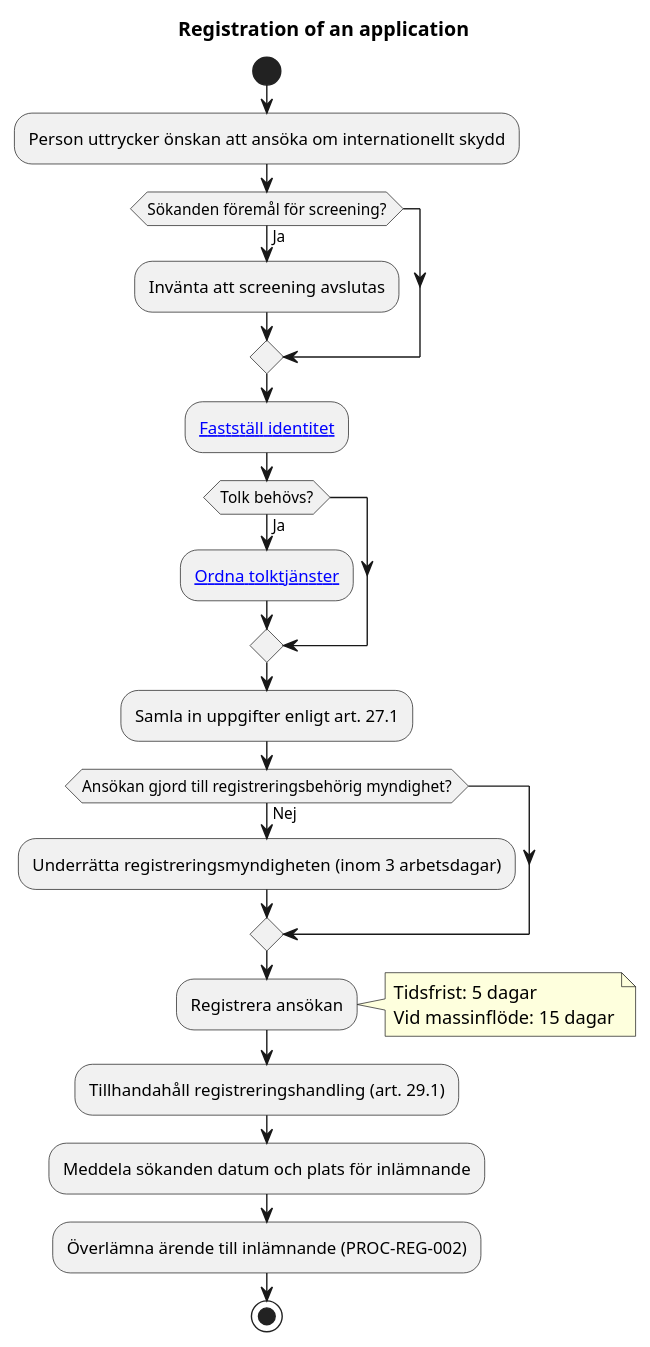
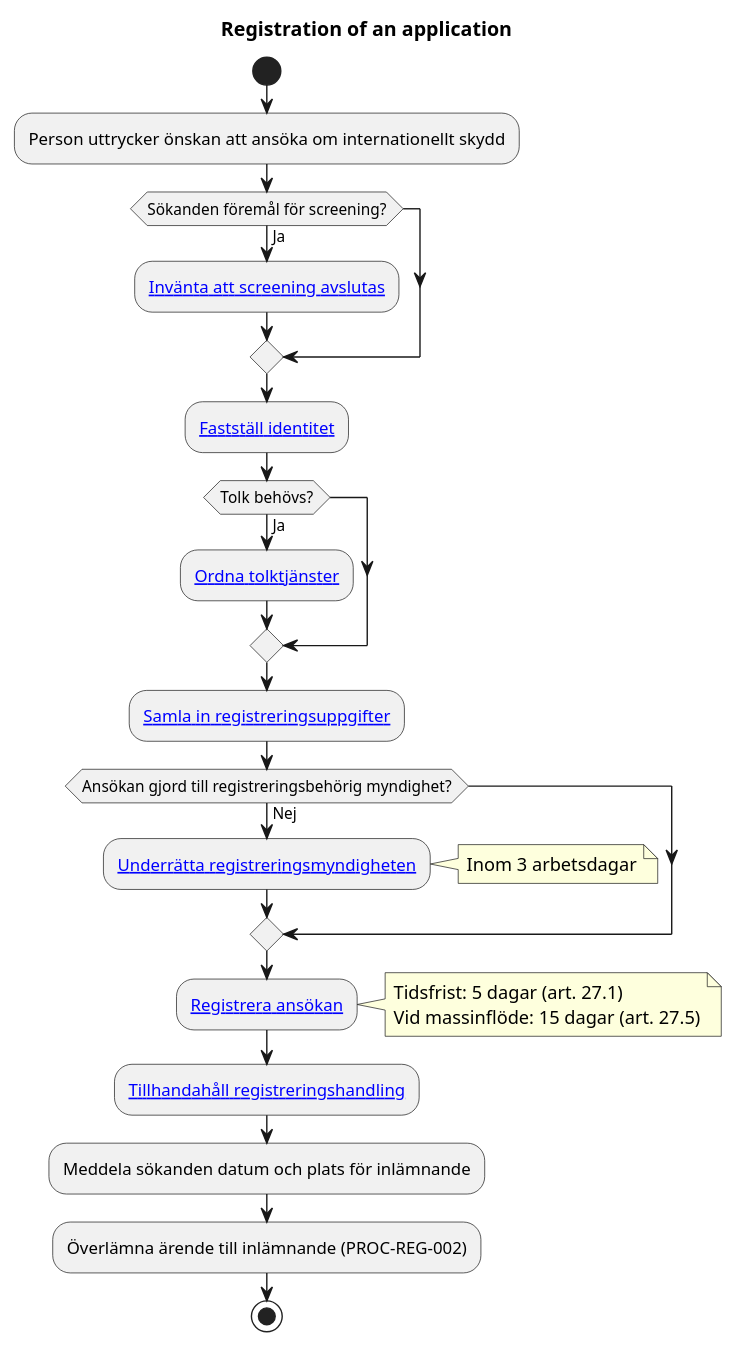
The diagram in domains/registration/diagrams/registration-of-an-application.pu (chrhe894/migration_pact), drawn with PlantUML before and after one commit. The commit also changed 61 other files, not shown here.

```diff
--- a/domains/registration/diagrams/registration-of-an-application.pu
+++ b/domains/registration/diagrams/registration-of-an-application.pu
@@ -18,46 +18,50 @@
-@startuml
+@startuml registration-of-an-application
 
 title Registration of an application
 
 start
 
 :Person uttrycker önskan att ansöka om internationellt skydd;
 
 if (Sökanden föremål för screening?) then (Ja)
 
-    :Invänta att screening avslutas;
+    :[[../rules/rule-apr-027-005.md Invänta att screening avslutas]];
 
 endif
 
 :[[../../../shared/identity/activities/verify-identity.md Fastställ identitet]];
 
 if (Tolk behövs?) then (Ja)
 
-    :[[../../../shared/interpreters/README.md Ordna tolktjänster]];
+    :[[../../../shared/interpreters/activities/determine-interpreter-needs.md Ordna tolktjänster]];
 
 endif
 
-:Samla in uppgifter enligt art. 27.1;
+:[[../rules/rule-apr-027-002.md Samla in registreringsuppgifter]];
 
 if (Ansökan gjord till registreringsbehörig myndighet?) then (Nej)
 
-    :Underrätta registreringsmyndigheten (inom 3 arbetsdagar);
+    :[[../rules/rule-apr-027-003.md Underrätta registreringsmyndigheten]];
+
+    note right
+      Inom 3 arbetsdagar
+    end note
 
 endif
 
-:Registrera ansökan;
+:[[../rules/rule-apr-027-001.md Registrera ansökan]];
 
 note right
-  Tidsfrist: 5 dagar
-  Vid massinflöde: 15 dagar
+  Tidsfrist: 5 dagar (art. 27.1)
+  Vid massinflöde: 15 dagar (art. 27.5)
 end note
 
-:Tillhandahåll registreringshandling (art. 29.1);
+:[[../rules/rule-apr-029-001.md Tillhandahåll registreringshandling]];
 
 :Meddela sökanden datum och plats för inlämnande;
 
 :Överlämna ärende till inlämnande (PROC-REG-002);
 
 stop
 
 @enduml
```
